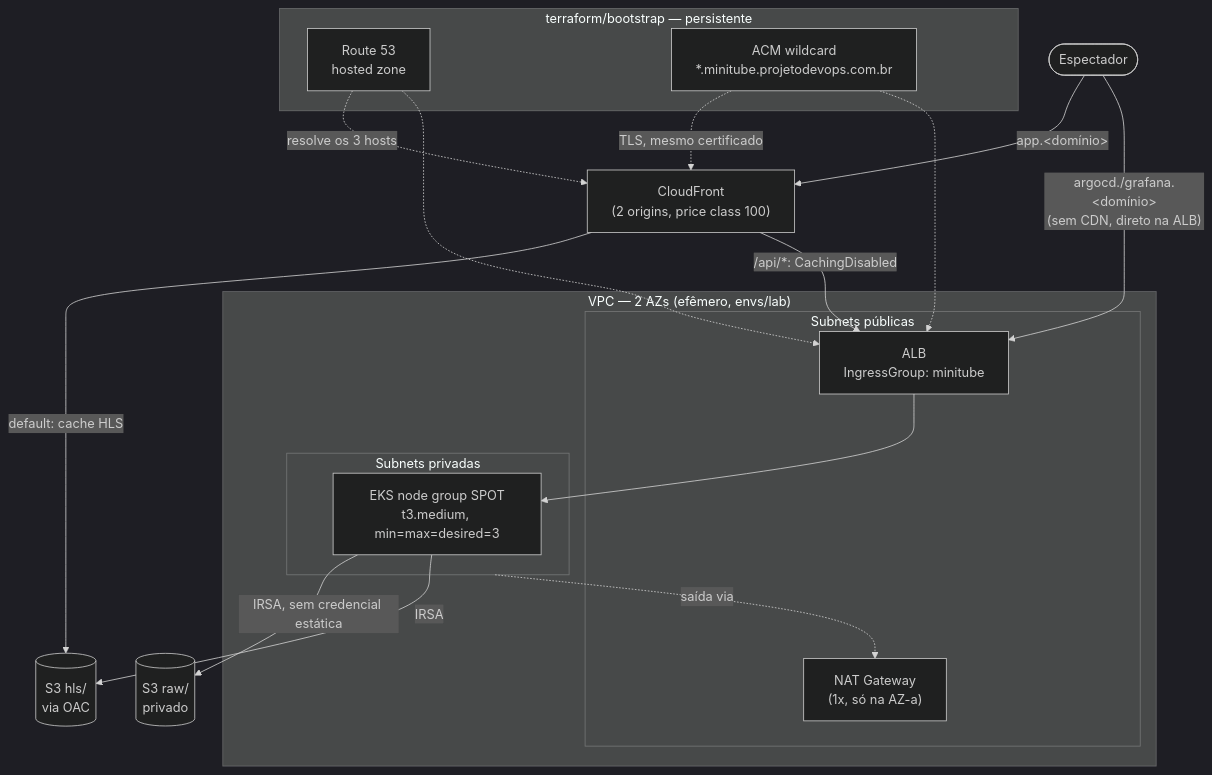
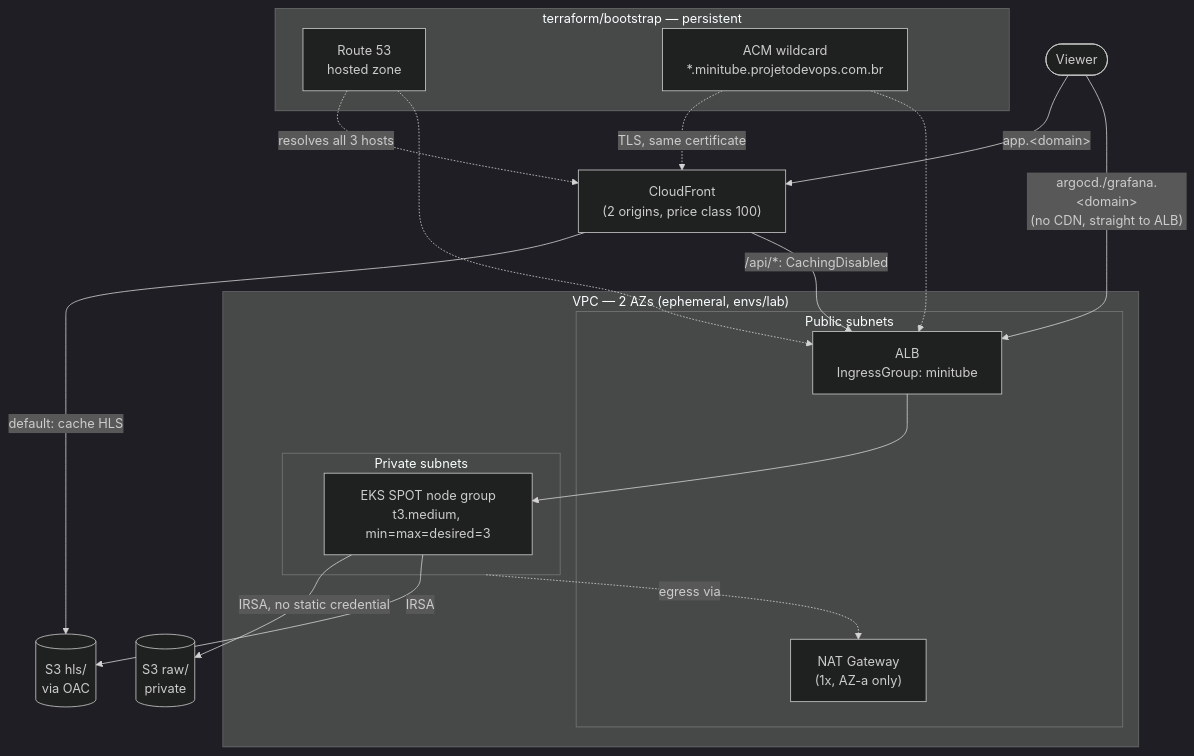
One commit to alisson92/minitube changed the first of 4 diagrams in docs/architecture.md. Above: the diagram before and after it, drawn with Mermaid (dark theme). The commit also changed other lines of this file and 12 other files, not shown here.

````diff
--- a/docs/architecture.md
+++ b/docs/architecture.md
@@ -16,37 +16,37 @@
 ```mermaid
 flowchart TB
-    Viewer(["Espectador"])
+    Viewer(["Viewer"])
 
-    subgraph Bootstrap["terraform/bootstrap — persistente"]
+    subgraph Bootstrap["terraform/bootstrap — persistent"]
         R53["Route 53\nhosted zone"]
         ACM["ACM wildcard\n*.minitube.projetodevops.com.br"]
     end
 
     CF["CloudFront\n(2 origins, price class 100)"]
 
-    subgraph VPC["VPC — 2 AZs (efêmero, envs/lab)"]
-        subgraph Pub["Subnets públicas"]
-            NAT["NAT Gateway\n(1x, só na AZ-a)"]
+    subgraph VPC["VPC — 2 AZs (ephemeral, envs/lab)"]
+        subgraph Pub["Public subnets"]
+            NAT["NAT Gateway\n(1x, AZ-a only)"]
             ALB["ALB\nIngressGroup: minitube"]
         end
-        subgraph Priv["Subnets privadas"]
-            EKS["EKS node group SPOT\nt3.medium, min=max=desired=3"]
+        subgraph Priv["Private subnets"]
+            EKS["EKS SPOT node group\nt3.medium, min=max=desired=3"]
         end
     end
 
-    S3raw[("S3 raw/\nprivado")]
+    S3raw[("S3 raw/\nprivate")]
     S3hls[("S3 hls/\nvia OAC")]
 
-    Viewer -->|"app.&lt;domínio&gt;"| CF
-    Viewer -->|"argocd./grafana.&lt;domínio&gt;\n(sem CDN, direto na ALB)"| ALB
-    R53 -.->|resolve os 3 hosts| CF
+    Viewer -->|"app.&lt;domain&gt;"| CF
+    Viewer -->|"argocd./grafana.&lt;domain&gt;\n(no CDN, straight to ALB)"| ALB
+    R53 -.->|resolves all 3 hosts| CF
     R53 -.-> ALB
-    ACM -.->|TLS, mesmo certificado| CF
+    ACM -.->|TLS, same certificate| CF
     ACM -.-> ALB
     CF -->|"default: cache HLS"| S3hls
     CF -->|"/api/*: CachingDisabled"| ALB
     ALB --> EKS
-    EKS -->|IRSA, sem credencial estática| S3raw
+    EKS -->|IRSA, no static credential| S3raw
     EKS -->|IRSA| S3hls
-    Priv -.->|saída via| NAT
+    Priv -.->|egress via| NAT
 ```
````
